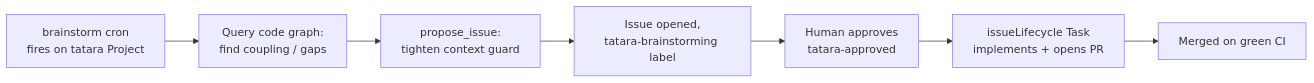
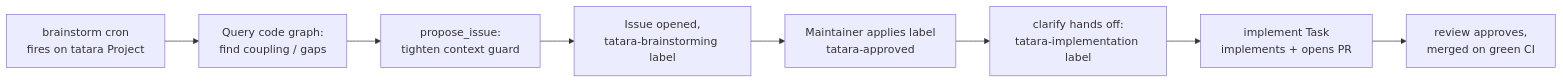
The first of 2 diagrams in docs/concepts/self-improvement.md (szymonrychu/tatara-documentation), drawn with Mermaid before and after one commit. The commit also changed other lines of this file and 39 other files, not shown here.

````diff
--- a/docs/concepts/self-improvement.md
+++ b/docs/concepts/self-improvement.md
@@ -65,9 +66,10 @@
 ```mermaid
 flowchart LR
     A[brainstorm cron<br/>fires on tatara Project] --> B[Query code graph:<br/>find coupling / gaps]
     B --> C[propose_issue:<br/>tighten context guard]
     C --> D[Issue opened,<br/>tatara-brainstorming label]
-    D --> E[Human approves<br/>tatara-approved]
-    E --> F[issueLifecycle Task<br/>implements + opens PR]
-    F --> G[Merged on green CI]
+    D --> E[Maintainer applies label<br/>tatara-approved]
+    E --> F[clarify hands off:<br/>tatara-implementation label]
+    F --> G[implement Task<br/>implements + opens PR]
+    G --> H[review approves,<br/>merged on green CI]
 ```
````
